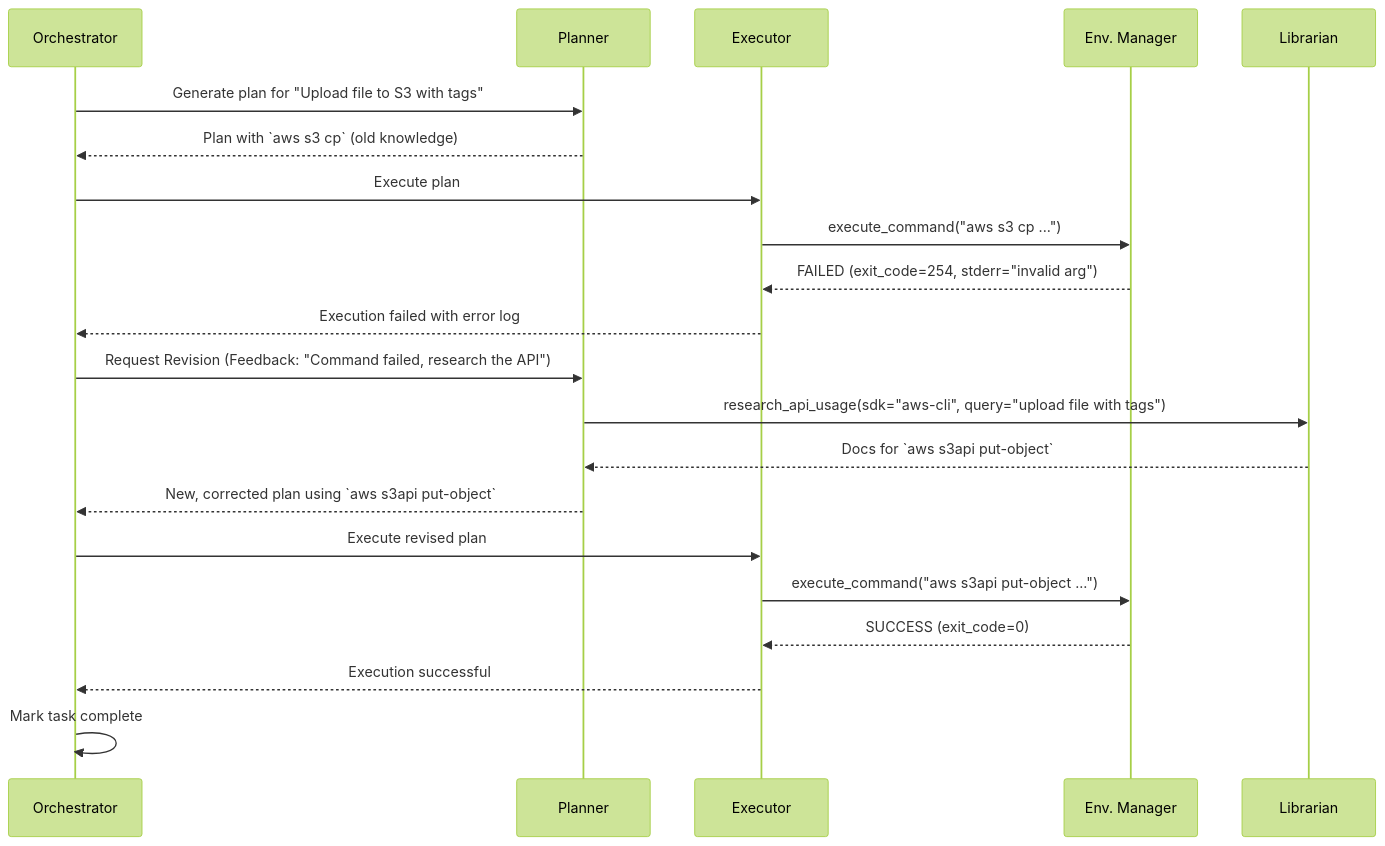
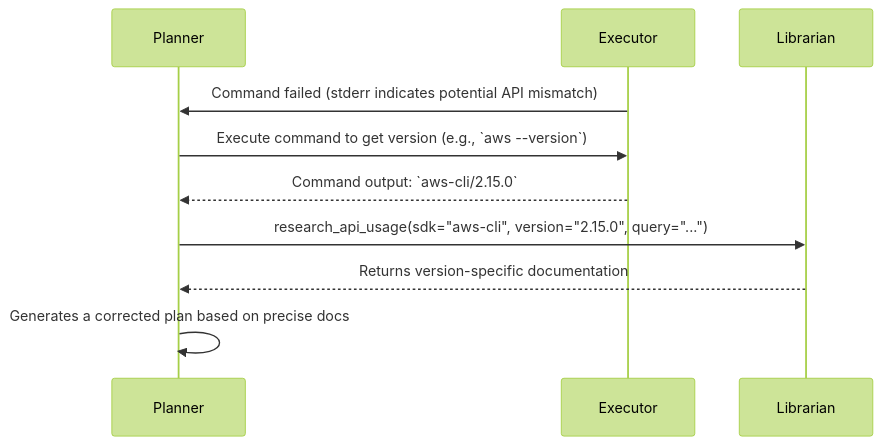
The second of 2 diagrams in docs/design/IO_Research.md (yuu-ri/AIDAMI), drawn with Mermaid (forest theme) before and after one commit. The commit also changed other lines of this file, not shown here.

Commit message:
AIDAMI design research tool

````diff
--- a/docs/design/IO_Research.md
+++ b/docs/design/IO_Research.md
@@ -112,26 +109,14 @@
 ```mermaid
 sequenceDiagram
-    participant O as Orchestrator
     participant P as Planner
     participant E as Executor
-    participant EMS as Env. Manager
     participant L as Librarian
 
-    O->>P: Generate plan for "Upload file to S3 with tags"
-    P-->>O: Plan with `aws s3 cp` (old knowledge)
-    O->>E: Execute plan
-    E->>EMS: execute_command("aws s3 cp ...")
-    EMS-->>E: FAILED (exit_code=254, stderr="invalid arg")
-    E-->>O: Execution failed with error log
-
-    O->>P: Request Revision (Feedback: "Command failed, research the API")
-    P->>L: research_api_usage(sdk="aws-cli", query="upload file with tags")
-    L-->>P: Docs for `aws s3api put-object`
-
-    P-->>O: New, corrected plan using `aws s3api put-object`
-    O->>E: Execute revised plan
-    E->>EMS: execute_command("aws s3api put-object ...")
-    EMS-->>E: SUCCESS (exit_code=0)
-    E-->>O: Execution successful
-    O->>O: Mark task complete
+    E->>P: Command failed (stderr indicates potential API mismatch)
+    P->>E: Execute command to get version (e.g., `aws --version`)
+    E-->>P: Command output: `aws-cli/2.15.0`
+    
+    P->>L: research_api_usage(sdk="aws-cli", version="2.15.0", query="...")
+    L-->>P: Returns version-specific documentation
+    P->>P: Generates a corrected plan based on precise docs
 ```
````
